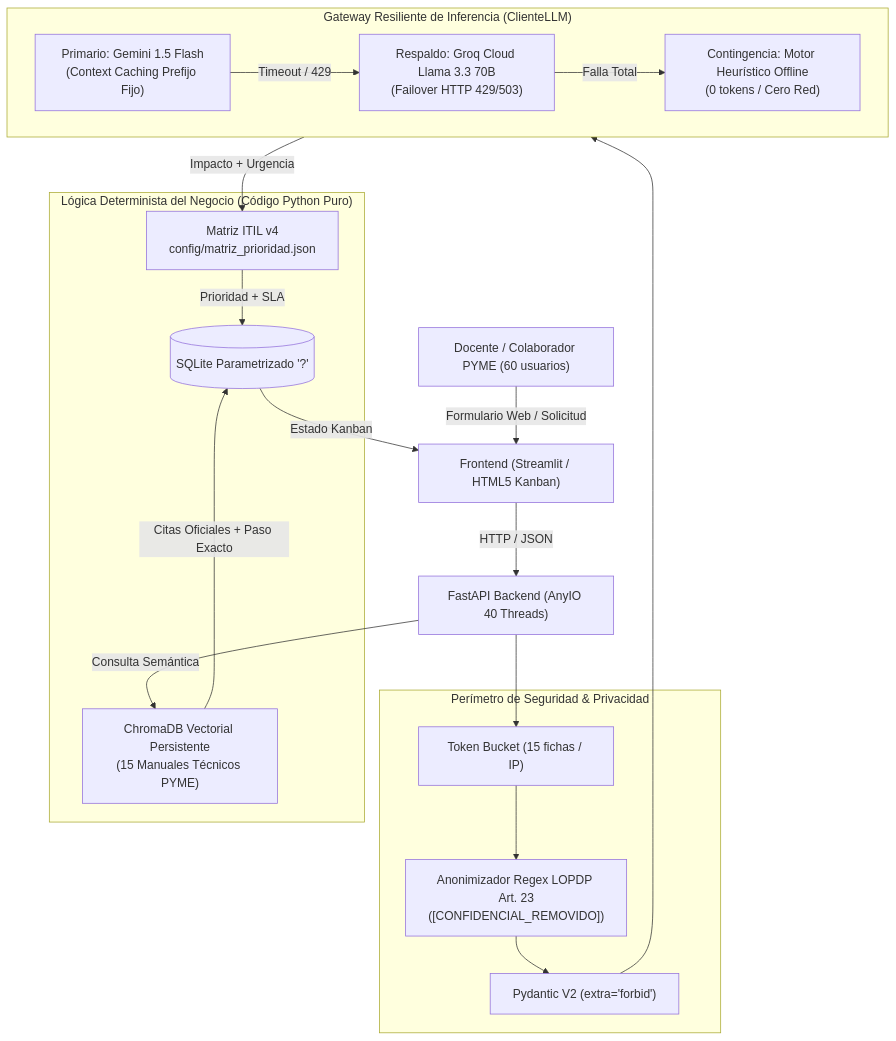
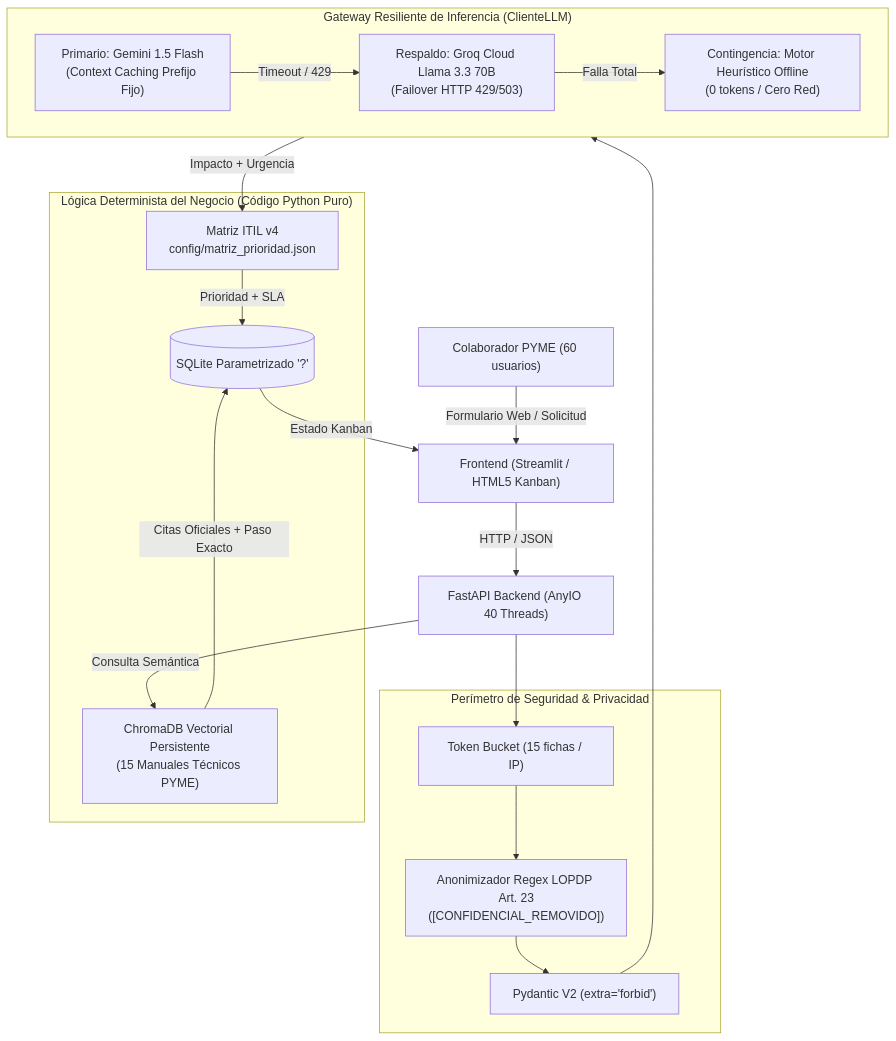
One commit to cgmorales12/TriajeSoporte-grupo-3 changed the diagram in README.md. Above: the diagram before and after it, drawn with Mermaid. The commit also changed other lines of this file and 8 other files, not shown here.

````diff
--- a/README.md
+++ b/README.md
@@ -54,35 +54,35 @@
 ```mermaid
 flowchart TD
-    User["Docente / Colaborador PYME (60 usuarios)"] -->|Formulario Web / Solicitud| FE["Frontend (Streamlit / HTML5 Kanban)"]
+    User["Colaborador PYME (60 usuarios)"] -->|Formulario Web / Solicitud| FE["Frontend (Streamlit / HTML5 Kanban)"]
     FE -->|HTTP / JSON| API["FastAPI Backend (AnyIO 40 Threads)"]
     
     subgraph Seguridad ["Perímetro de Seguridad & Privacidad"]
         TB["Token Bucket (15 fichas / IP)"]
         Sanitizer["Anonimizador Regex LOPDP Art. 23\n([CONFIDENCIAL_REMOVIDO])"]
         Pydantic["Pydantic V2 (extra='forbid')"]
     end
     
     API --> TB --> Sanitizer --> Pydantic
     
     subgraph Gateway ["Gateway Resiliente de Inferencia (ClienteLLM)"]
         Gemini["Primario: Gemini 1.5 Flash\n(Context Caching Prefijo Fijo)"]
         Groq["Respaldo: Groq Cloud Llama 3.3 70B\n(Failover HTTP 429/503)"]
         Offline["Contingencia: Motor Heurístico Offline\n(0 tokens / Cero Red)"]
         Gemini -->|Timeout / 429| Groq
         Groq -->|Falla Total| Offline
     end
     
     Pydantic --> Gateway
     
     subgraph Determinismo ["Lógica Determinista del Negocio (Código Python Puro)"]
         MatrizITIL["Matriz ITIL v4\nconfig/matriz_prioridad.json"]
         Chroma["ChromaDB Vectorial Persistente\n(15 Manuales Técnicos PYME)"]
         DB[(SQLite Parametrizado '?')]
     end
     
     Gateway -->|Impacto + Urgencia| MatrizITIL
     MatrizITIL -->|Prioridad + SLA| DB
     API -->|Consulta Semántica| Chroma
     Chroma -->|Citas Oficiales + Paso Exacto| DB
     DB -->|Estado Kanban| FE
 ```
````
